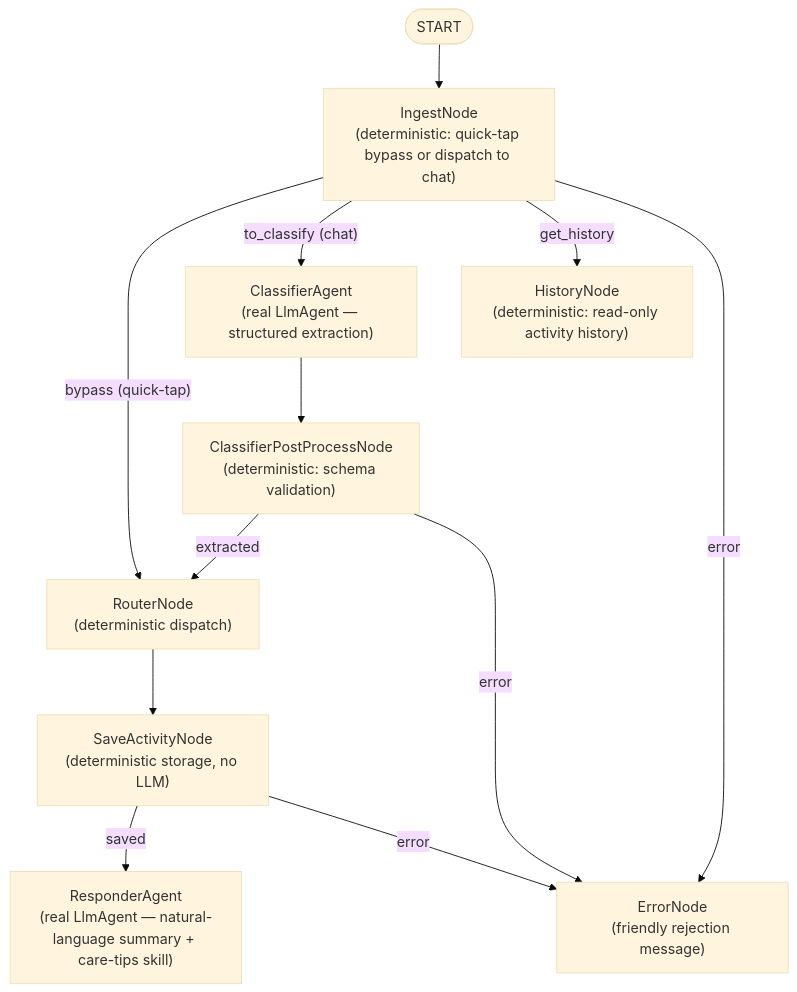
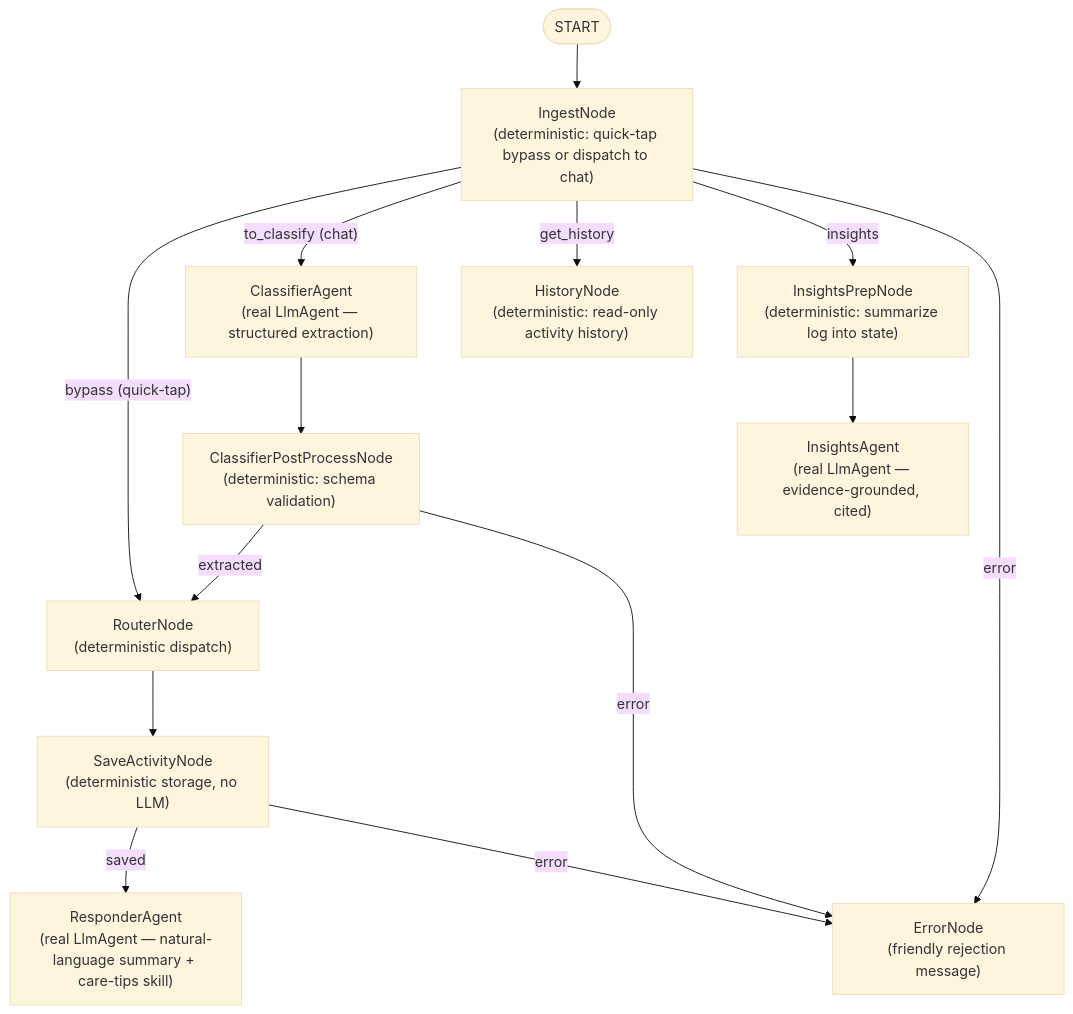
The diagram in README.md (oslinin/nanny), drawn with Mermaid (base theme) before and after one commit. The commit also changed other lines of this file and 11 other files, not shown here.

````diff
--- a/README.md
+++ b/README.md
@@ -28,24 +31,28 @@
 ```mermaid
 flowchart TD
     START([START])
     Ingest["IngestNode\n(deterministic: quick-tap bypass or dispatch to chat)"]
     Classifier["ClassifierAgent\n(real LlmAgent — structured extraction)"]
     Postprocess["ClassifierPostProcessNode\n(deterministic: schema validation)"]
     Router["RouterNode\n(deterministic dispatch)"]
     Save["SaveActivityNode\n(deterministic storage, no LLM)"]
     Responder["ResponderAgent\n(real LlmAgent — natural-language summary + care-tips skill)"]
     History["HistoryNode\n(deterministic: read-only activity history)"]
+    InsightsPrep["InsightsPrepNode\n(deterministic: summarize log into state)"]
+    Insights["InsightsAgent\n(real LlmAgent — evidence-grounded, cited)"]
     ErrorNode["ErrorNode\n(friendly rejection message)"]
 
     START --> Ingest
     Ingest -- "bypass (quick-tap)" --> Router
     Ingest -- "to_classify (chat)" --> Classifier
     Ingest -- "get_history" --> History
+    Ingest -- "insights" --> InsightsPrep
+    InsightsPrep --> Insights
     Ingest -- "error" --> ErrorNode
     Classifier --> Postprocess
     Postprocess -- "extracted" --> Router
     Postprocess -- "error" --> ErrorNode
     Router --> Save
     Save -- "saved" --> Responder
     Save -- "error" --> ErrorNode
 ```
````
